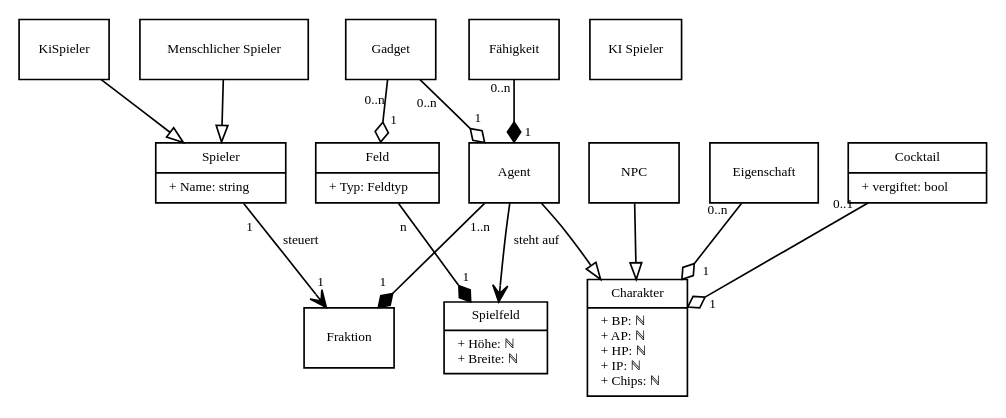
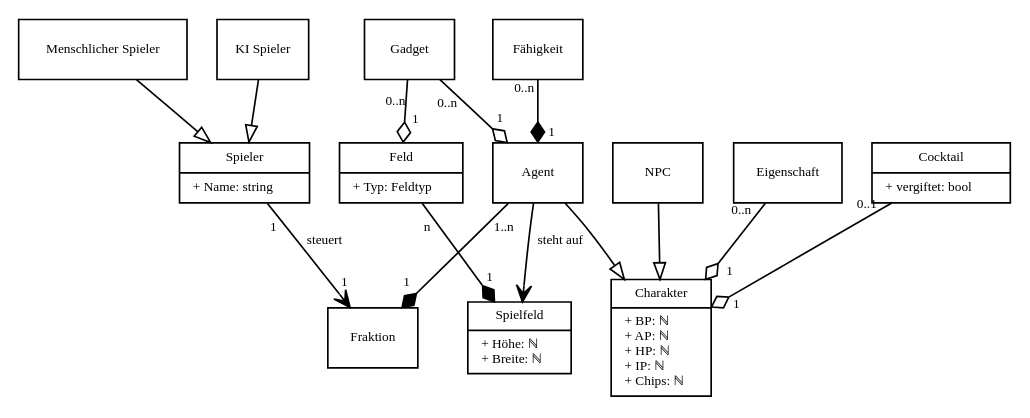
One commit to SoPra-Team-17/Meilensteine changed the diagram in Meilenstein01/diagrams/domainmodel.dot. Above: the diagram before and after it, drawn with Graphviz.

```diff
--- a/Meilenstein01/diagrams/domainmodel.dot
+++ b/Meilenstein01/diagrams/domainmodel.dot
@@ -1,111 +1,111 @@
 digraph G {
     // General Layout
     fontname = "Bitstream Vera Sans"
     fontsize = 8
 
     node [
         fontname = "Bitstream Vera Sans"
         fontsize = 8
         shape = "record"
     ]
 
     edge [
         fontname = "Bitstream Vera Sans"
         fontsize = 8
         arrowhead = "onormal"
         labeldistance = 1.5
     ]
 
     // Classes
     Spieler [
         label = "{Spieler|+ Name: string\l}"
     ]
     KISpieler [
         label = "{KI Spieler}"
     ]
     MenschlicherSpieler [
         label = "{Menschlicher Spieler}"
     ]
     Spielfeld [
         label = "{Spielfeld|+ Höhe: ℕ\l+ Breite: ℕ\l}"
     ]
     Feld [
         label = "{Feld|+ Typ: Feldtyp\l}"
     ]
     Charakter [
         label = "{Charakter|+ BP: ℕ\l+ AP: ℕ\l+ HP: ℕ\l+ IP: ℕ\l+ Chips: ℕ\l}"
     ]
     Agent
     NPC
     Gadget
     Fähigkeit
     Fraktion
     Eigenschaft
     Cocktail [
         label = "{Cocktail|+ vergiftet: bool\l}"
     ]
 
     // Inheritance
     Agent -> Charakter
     NPC -> Charakter
-    KiSpieler -> Spieler
+    KISpieler -> Spieler
     MenschlicherSpieler -> Spieler
 
     // Aggregations
     edge [
         arrowhead = "odiamond"
     ]
     Gadget -> Agent [
         taillabel = "0..n"
         headlabel = "1"
 	labeldistance=1.5
 	labelangle=-30
     ]
     Gadget -> Feld [
         taillabel = "0..n"
         headlabel = "1"
     ]
     Eigenschaft -> Charakter [
         taillabel = "0..n"
         headlabel = "1"
 	labelangle=-35
     ]
     Cocktail -> Charakter [
         taillabel = "0..1"
         headlabel = "1"
     ]
 
     // Compositions
     edge [
         arrowhead = "diamond"
     ]
     Feld -> Spielfeld [
         headlabel = "1"
         taillabel = "n"
     ]
     Agent -> Fraktion [
         taillabel = "1..n"
         headlabel = "1"
 	labelangle=35
     ]
     Fähigkeit -> Agent [
         taillabel = "0..n"
         headlabel = "1"
 	labeldistance=1
 	labelangle=-55
     ]
 
     // Normal Arrows
     edge [
         arrowhead = "vee"
     ]
     Agent -> Spielfeld [
         label = "steht auf"
     ]
 
     Spieler -> Fraktion [
         label = "steuert"
         taillabel = "1"
         headlabel = "1"
     ]
 }
```
